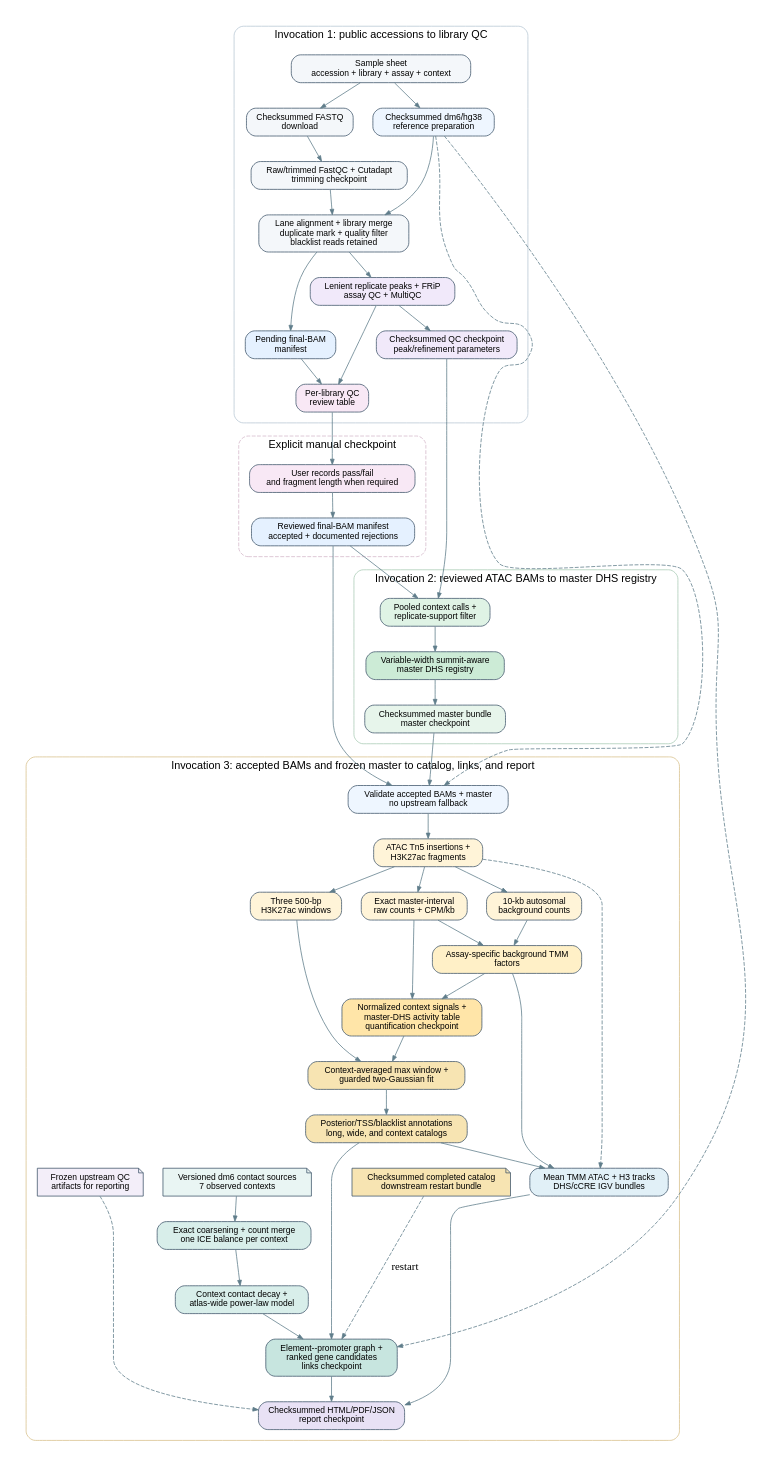
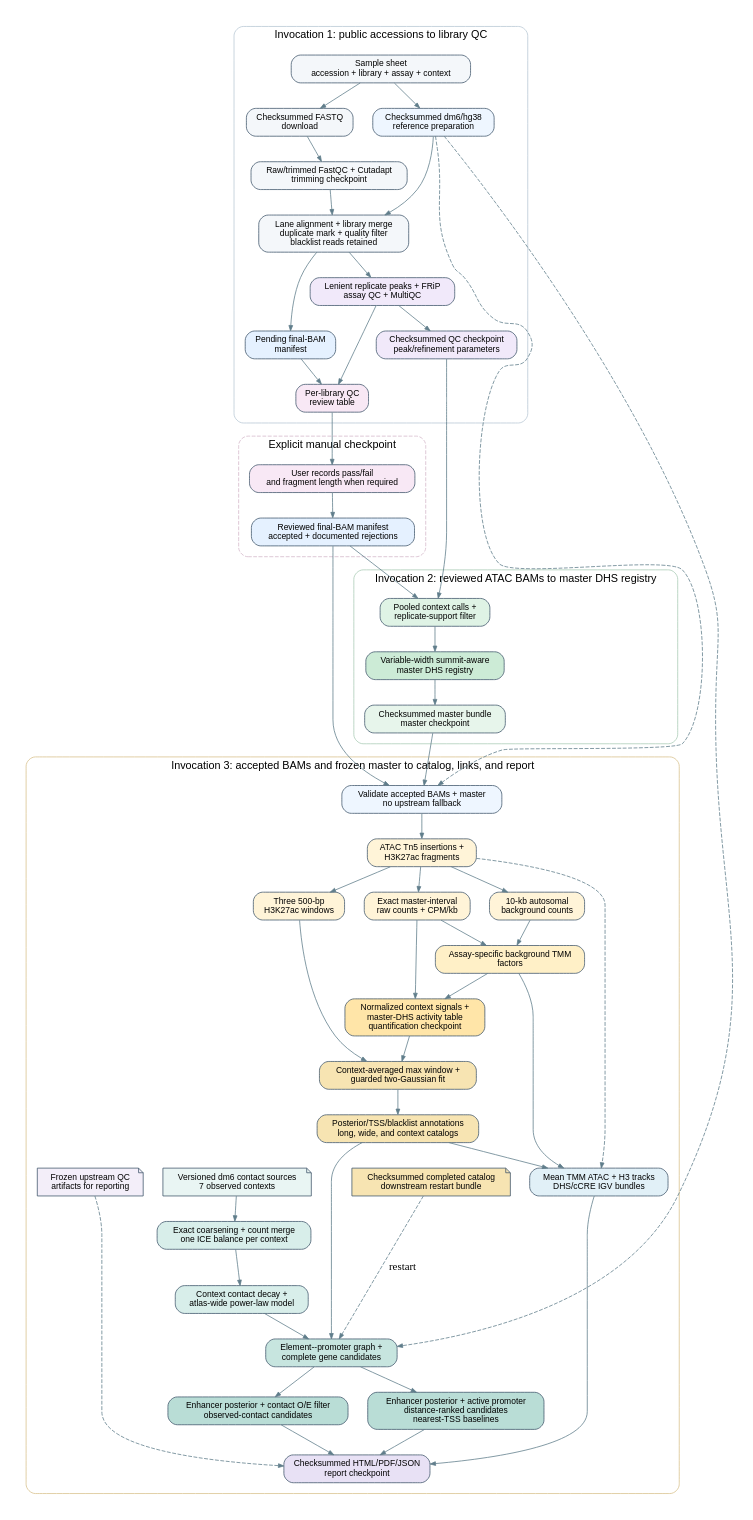
One commit to laiker96/drosophila-cCREs changed the diagram in docs/workflow-dag.dot. Above: the diagram before and after it, drawn with Graphviz. The commit also changed 22 other files, not shown here.

```diff
--- a/docs/workflow-dag.dot
+++ b/docs/workflow-dag.dot
@@ -1,115 +1,120 @@
 digraph workflow {
   graph [rankdir=TB, bgcolor="#ffffff", pad=0.25, nodesep=0.35,
          ranksep=0.45, newrank=true, compound=true, fontname="Helvetica"];
   node [shape=box, style="rounded,filled", fontname="Helvetica", fontsize=11,
         color="#40566b", fillcolor="#f4f7fa", margin="0.13,0.08"];
   edge [color="#607d8b", arrowsize=0.7];
 
   subgraph cluster_qc {
     label="Invocation 1: public accessions to library QC";
     color="#b8c8d4";
     style="rounded";
     margin=14;
 
     inputs [label="Sample sheet\naccession + library + assay + context"];
     download [label="Checksummed FASTQ\ndownload"];
     reference [label="Checksummed dm6/hg38\nreference preparation", fillcolor="#eef6ff"];
     trim [label="Raw/trimmed FastQC + Cutadapt\ntrimming checkpoint"];
     align [label="Lane alignment + library merge\nduplicate mark + quality filter\nblacklist reads retained"];
     bammanifest [label="Pending final-BAM\nmanifest", fillcolor="#e5f1ff"];
     qc [label="Lenient replicate peaks + FRiP\nassay QC + MultiQC", fillcolor="#f1e9fa"];
     qccheckpoint [label="Checksummed QC checkpoint\npeak/refinement parameters", fillcolor="#f1e9fa"];
     reviewtable [label="Per-library QC\nreview table", fillcolor="#f8e8f5"];
 
     inputs -> download -> trim -> align;
     inputs -> reference;
     reference -> align;
     align -> bammanifest;
     align -> qc;
     qc -> qccheckpoint;
     bammanifest -> reviewtable;
     qc -> reviewtable;
     {rank=same; download; reference;}
     {rank=same; bammanifest; qccheckpoint;}
   }
 
   subgraph cluster_review {
     label="Explicit manual checkpoint";
     color="#d4b8ca";
     style="rounded,dashed";
     margin=14;
 
     review [label="User records pass/fail\nand fragment length when required", fillcolor="#f8e8f5"];
     reviewedbam [label="Reviewed final-BAM manifest\naccepted + documented rejections", fillcolor="#e5f1ff"];
 
     review -> reviewedbam;
   }
 
   subgraph cluster_master {
     label="Invocation 2: reviewed ATAC BAMs to master DHS registry";
     color="#a9ccb5";
     style="rounded";
     margin=14;
 
     context [label="Pooled context calls +\nreplicate-support filter", fillcolor="#dff3e5"];
     master [label="Variable-width summit-aware\nmaster DHS registry", fillcolor="#ccebd6"];
     mastermanifest [label="Checksummed master bundle\nmaster checkpoint", fillcolor="#e7f5eb"];
 
     context -> master -> mastermanifest;
   }
 
   subgraph cluster_activity {
     label="Invocation 3: accepted BAMs and frozen master to catalog, links, and report";
     color="#d9c18c";
     style="rounded";
     margin=14;
 
     validate [label="Validate accepted BAMs + master\nno upstream fallback", fillcolor="#eef6ff"];
     units [label="ATAC Tn5 insertions +\nH3K27ac fragments", fillcolor="#fff4d8"];
     exact [label="Exact master-interval\nraw counts + CPM/kb", fillcolor="#fff4d8"];
     background [label="10-kb autosomal\nbackground counts", fillcolor="#fff4d8"];
     windows [label="Three 500-bp\nH3K27ac windows", fillcolor="#fff4d8"];
     tmm [label="Assay-specific background TMM\nfactors", fillcolor="#fff0c7"];
     quantify [label="Normalized context signals +\nmaster-DHS activity table\nquantification checkpoint", fillcolor="#ffe5a8"];
     mixture [label="Context-averaged max window +\nguarded two-Gaussian fit", fillcolor="#f7e4b2"];
     catalog [label="Posterior/TSS/blacklist annotations\nlong, wide, and context catalogs", fillcolor="#f7e4b2"];
     catalogbundle [label="Checksummed completed catalog\ndownstream restart bundle", shape=note, fillcolor="#f7e4b2"];
     browser [label="Mean TMM ATAC + H3 tracks\nDHS/cCRE IGV bundles", fillcolor="#e1f0f7"];
     contacts [label="Versioned dm6 contact sources\n7 observed contexts", shape=note, fillcolor="#e9f5f3"];
     normalizecontacts [label="Exact coarsening + count merge\none ICE balance per context", fillcolor="#d8eeea"];
     decay [label="Context contact decay +\natlas-wide power-law model", fillcolor="#d8eeea"];
-    links [label="Element--promoter graph +\nranked gene candidates\nlinks checkpoint", fillcolor="#c7e5df"];
+    links [label="Element--promoter graph +\ncomplete gene candidates", fillcolor="#c7e5df"];
+    focused [label="Enhancer posterior + contact O/E filter\nobserved-contact candidates", fillcolor="#b9ddd6"];
+    distancefocused [label="Enhancer posterior + active promoter\ndistance-ranked candidates\nnearest-TSS baselines", fillcolor="#b9ddd6"];
     sources [label="Frozen upstream QC\nartifacts for reporting", shape=note, fillcolor="#f3eef9"];
     report [label="Checksummed HTML/PDF/JSON\nreport checkpoint", fillcolor="#e8e1f5"];
 
     validate -> units;
     units -> exact;
     units -> background;
     units -> windows;
     exact -> tmm;
     background -> tmm;
     exact -> quantify;
     tmm -> quantify;
     windows -> mixture;
     quantify -> mixture -> catalog;
     units -> browser [style=dashed];
     tmm -> browser;
     catalog -> browser;
     contacts -> normalizecontacts -> decay -> links;
+    links -> focused;
+    links -> distancefocused;
     catalog -> links;
     catalogbundle -> links [style=dashed, label="restart"];
     browser -> report;
-    links -> report;
+    focused -> report;
+    distancefocused -> report;
     sources -> report [style=dashed];
     {rank=same; exact; background; windows;}
     {rank=same; browser; contacts; sources; catalogbundle;}
   }
 
   reviewtable -> review;
   reviewedbam -> context;
   qccheckpoint -> context;
   reviewedbam -> validate;
   mastermanifest -> validate;
   reference -> validate [style=dashed, constraint=false];
   reference -> links [style=dashed, constraint=false];
 }
```
